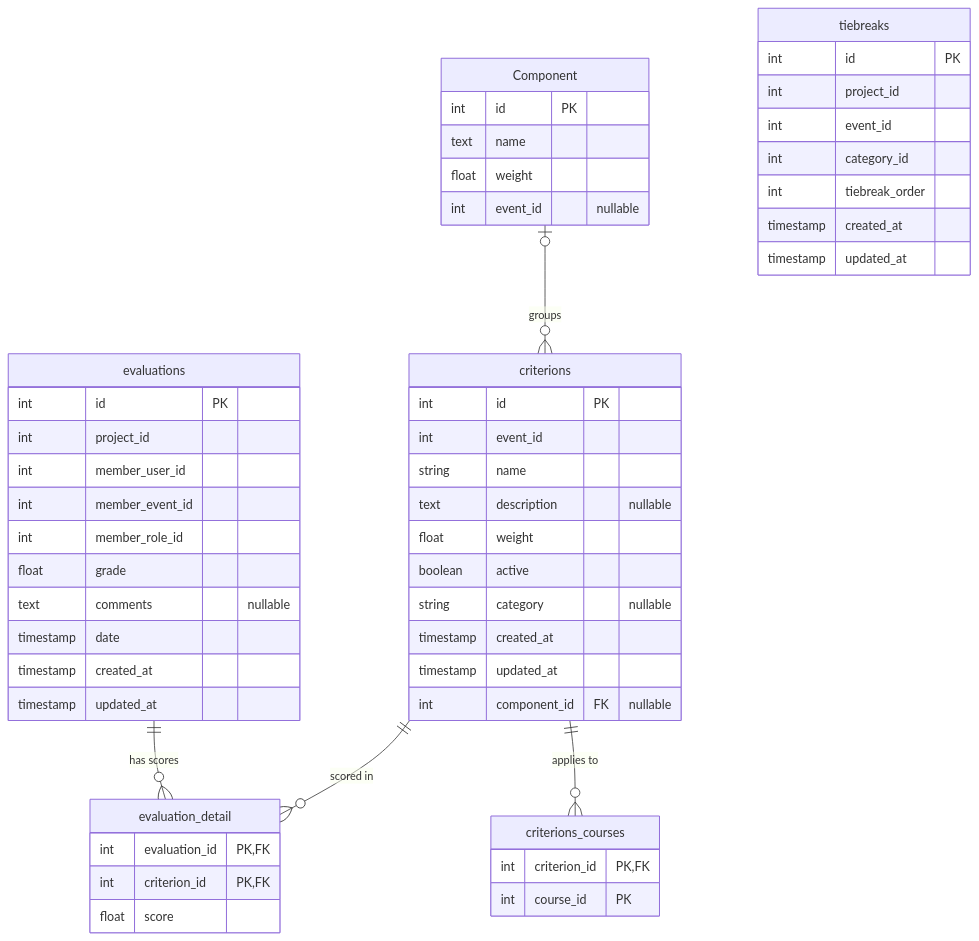
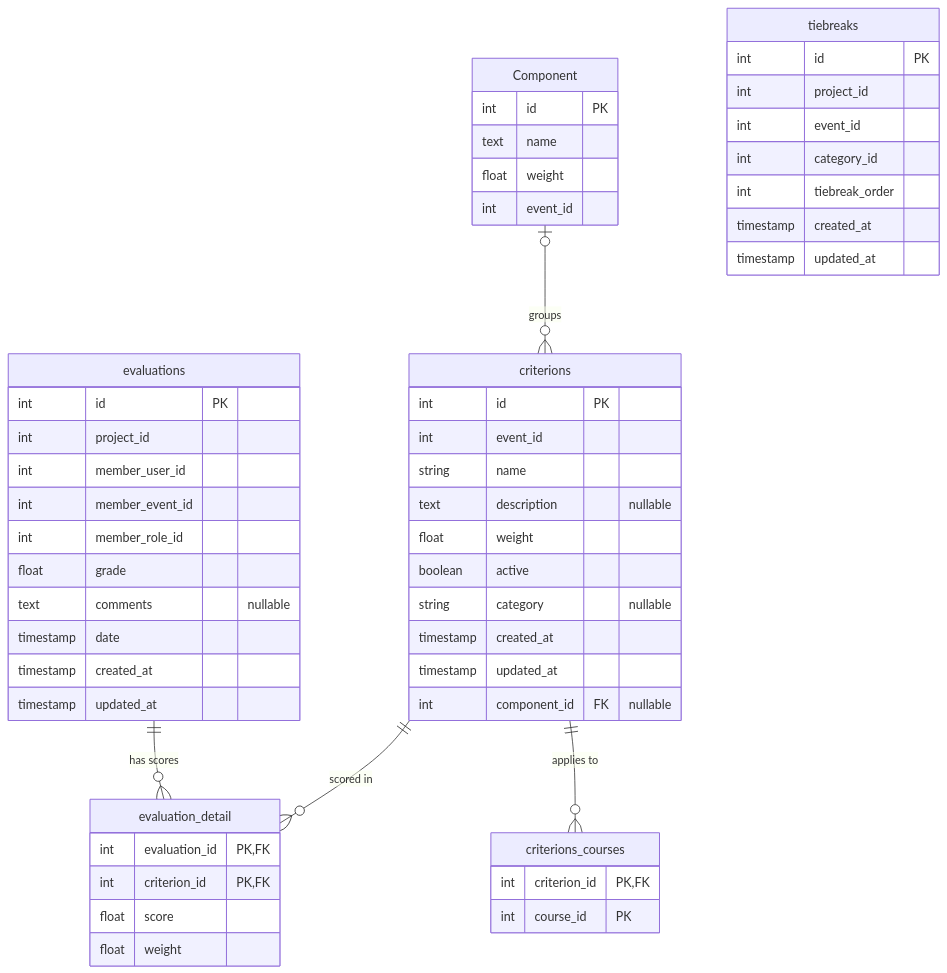
One commit to PCPI-UN/Iris changed the diagram in docs/evaluation-service/schema.md. Above: the diagram before and after it, drawn with Mermaid. The commit also changed other lines of this file and 1 other file, not shown here.

Commit message:
[CU-86e3vmxar]: document the evaluation rubric and grade rules in the evaluation-service README and schema

````diff
--- a/docs/evaluation-service/schema.md
+++ b/docs/evaluation-service/schema.md
@@ -11,61 +11,62 @@
 ```mermaid
 erDiagram
     evaluations {
         int id PK
         int project_id
         int member_user_id
         int member_event_id
         int member_role_id
         float grade
         text comments "nullable"
         timestamp date
         timestamp created_at
         timestamp updated_at
     }
 
     evaluation_detail {
         int evaluation_id PK, FK
         int criterion_id PK, FK
         float score
+        float weight
     }
 
     criterions {
         int id PK
         int event_id
         string name
         text description "nullable"
         float weight
         boolean active
         string category "nullable"
         timestamp created_at
         timestamp updated_at
         int component_id FK "nullable"
     }
 
     criterions_courses {
         int criterion_id PK, FK
         int course_id PK
     }
 
     Component {
         int id PK
         text name
         float weight
-        int event_id "nullable"
+        int event_id
     }
 
     tiebreaks {
         int id PK
         int project_id
         int event_id
         int category_id
         int tiebreak_order
         timestamp created_at
         timestamp updated_at
     }
 
     evaluations ||--o{ evaluation_detail : "has scores"
     criterions ||--o{ evaluation_detail : "scored in"
     criterions ||--o{ criterions_courses : "applies to"
     Component |o--o{ criterions : "groups"
 ```
````
